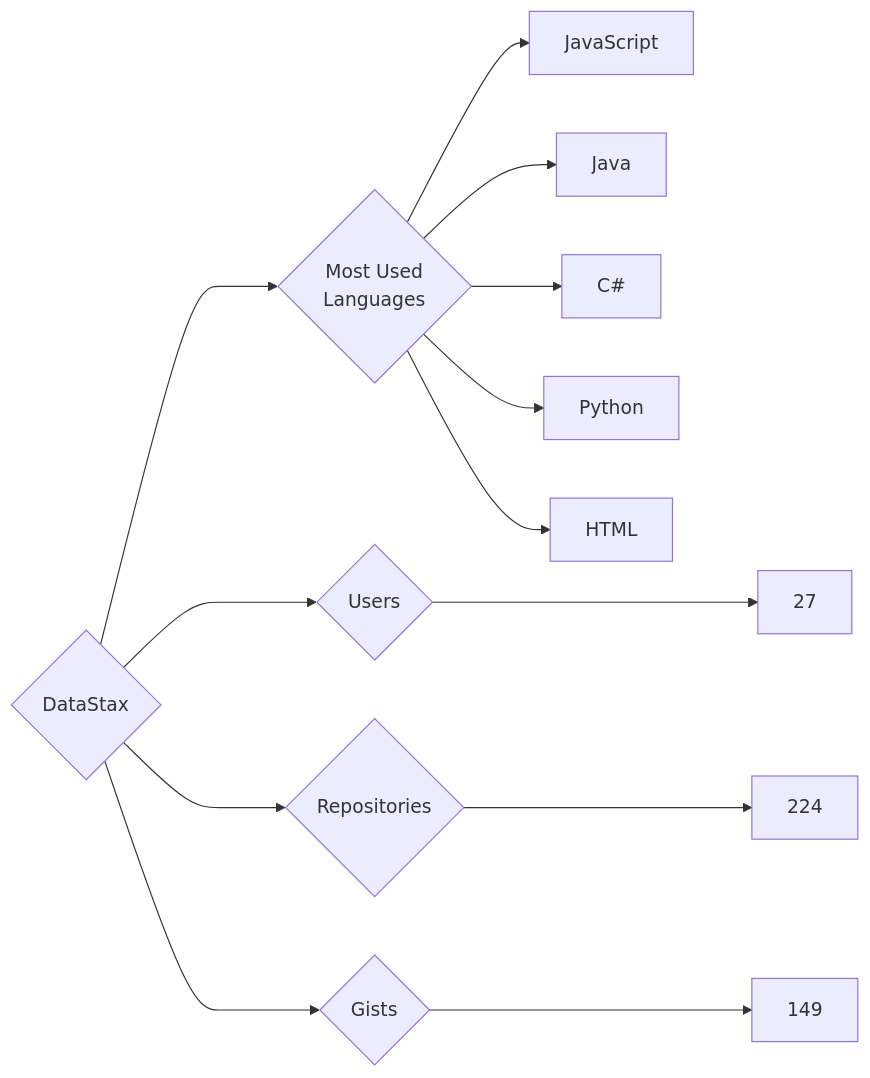
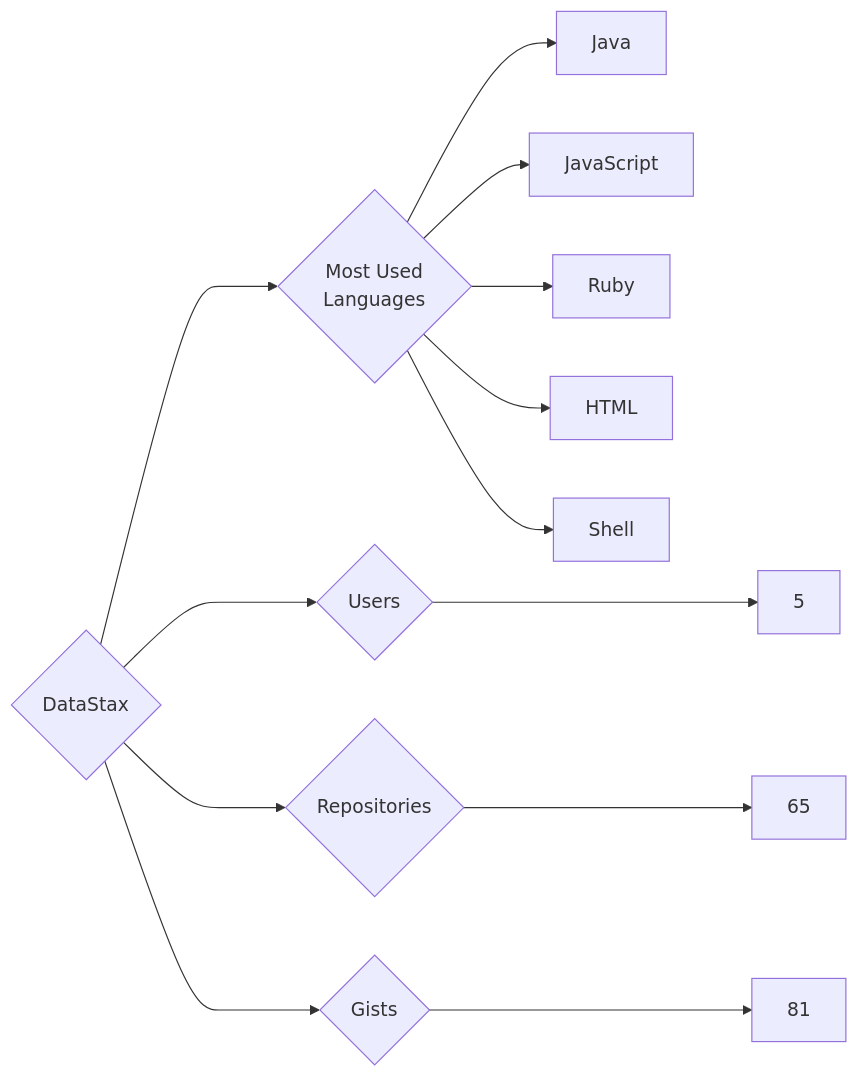
One commit to trickest/insiders changed the diagram in targets/DataStax/README.md. Above: the diagram before and after it, drawn with Mermaid. The commit also changed 951 other files, not shown here.

````diff
--- a/targets/DataStax/README.md
+++ b/targets/DataStax/README.md
@@ -3,13 +3,13 @@
 ```mermaid
 graph LR
 COMPANY_NAME{DataStax}
-COMPANY_NAME ---> U{Users} ---> UN[27]
-COMPANY_NAME ---> R{Repositories} ---> RN[224]
-COMPANY_NAME ---> G{Gists} ---> GN[149]
+COMPANY_NAME ---> U{Users} ---> UN[5]
+COMPANY_NAME ---> R{Repositories} ---> RN[65]
+COMPANY_NAME ---> G{Gists} ---> GN[81]
 COMPANY_NAME ---> ML{Most Used<br>Languages}
-ML --> JavaScript
-ML --> Java
-ML --> C#
-ML --> Python
-ML --> HTML
+ML --> Java[Java]
+ML --> JavaScript[JavaScript]
+ML --> Ruby[Ruby]
+ML --> HTML[HTML]
+ML --> Shell[Shell]
 ```
````
